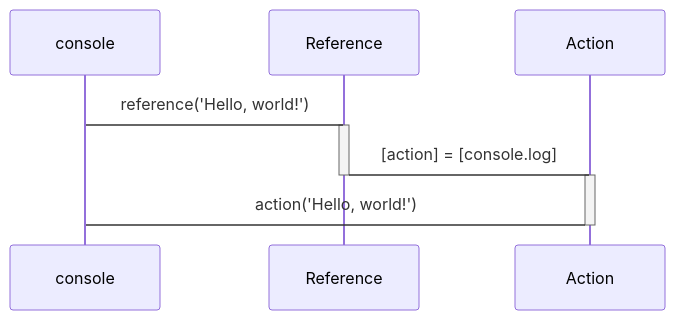
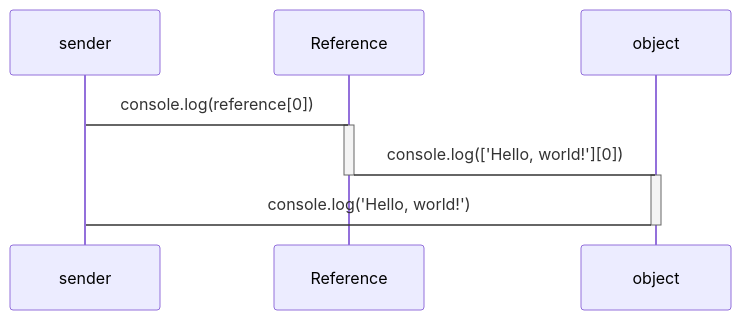
The third of 5 diagrams in README.md (domrally/peekeasy), drawn with Mermaid before and after one commit. The commit also changed other lines of this file and 1 other file, not shown here.

````diff
--- a/README.md
+++ b/README.md
@@ -78,10 +100,10 @@
 ```mermaid
 sequenceDiagram
-    console->Reference: reference('Hello, world!')
+    sender->Reference: console.log(reference[0])
     activate Reference
-    Reference->Action: [action] = [console.log]
+    Reference->object: console.log(['Hello, world!'][0])
     deactivate Reference
-    activate Action
-    Action->console: action('Hello, world!')
-    deactivate Action
+    activate object
+    object->sender: console.log('Hello, world!')
+    deactivate object
 ```
````
